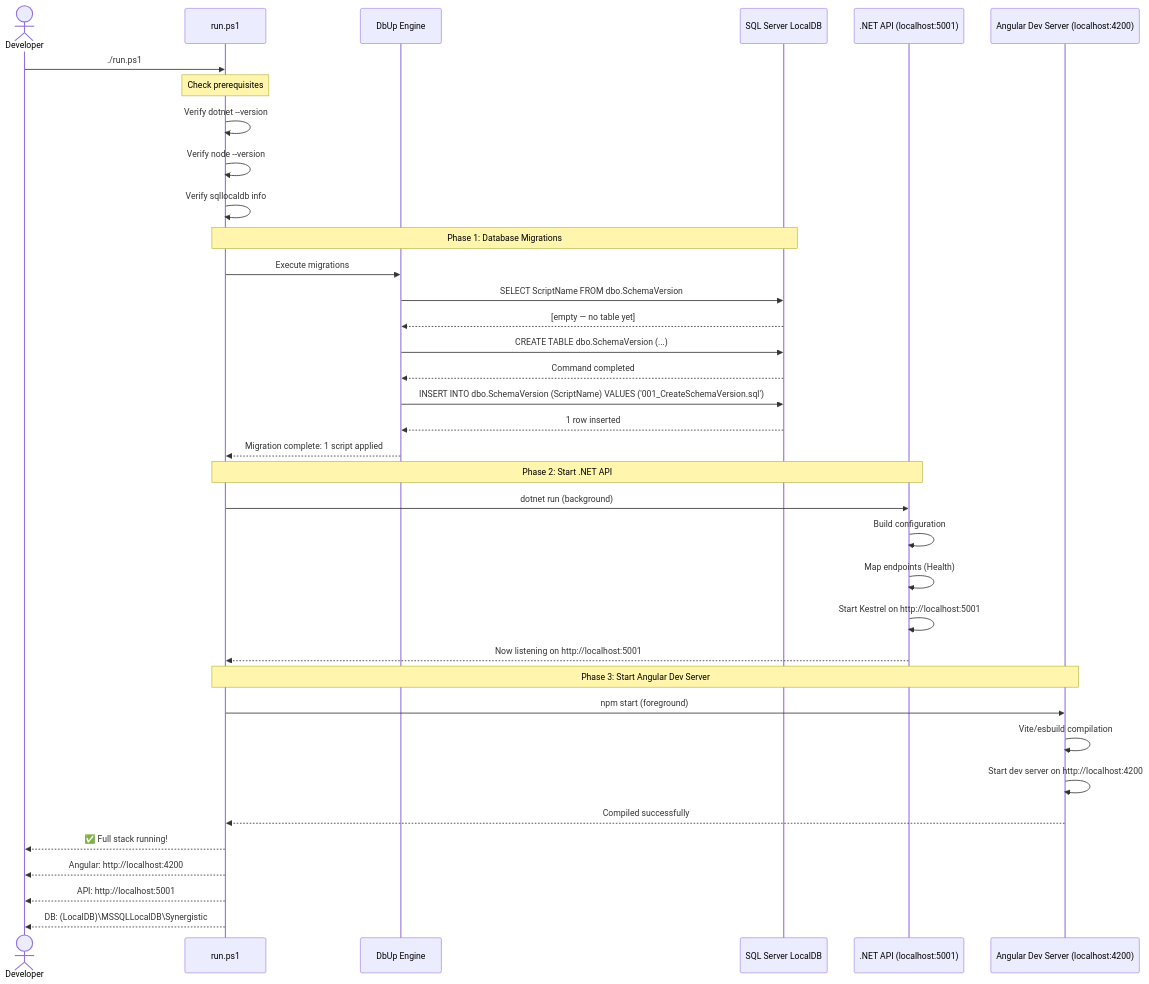
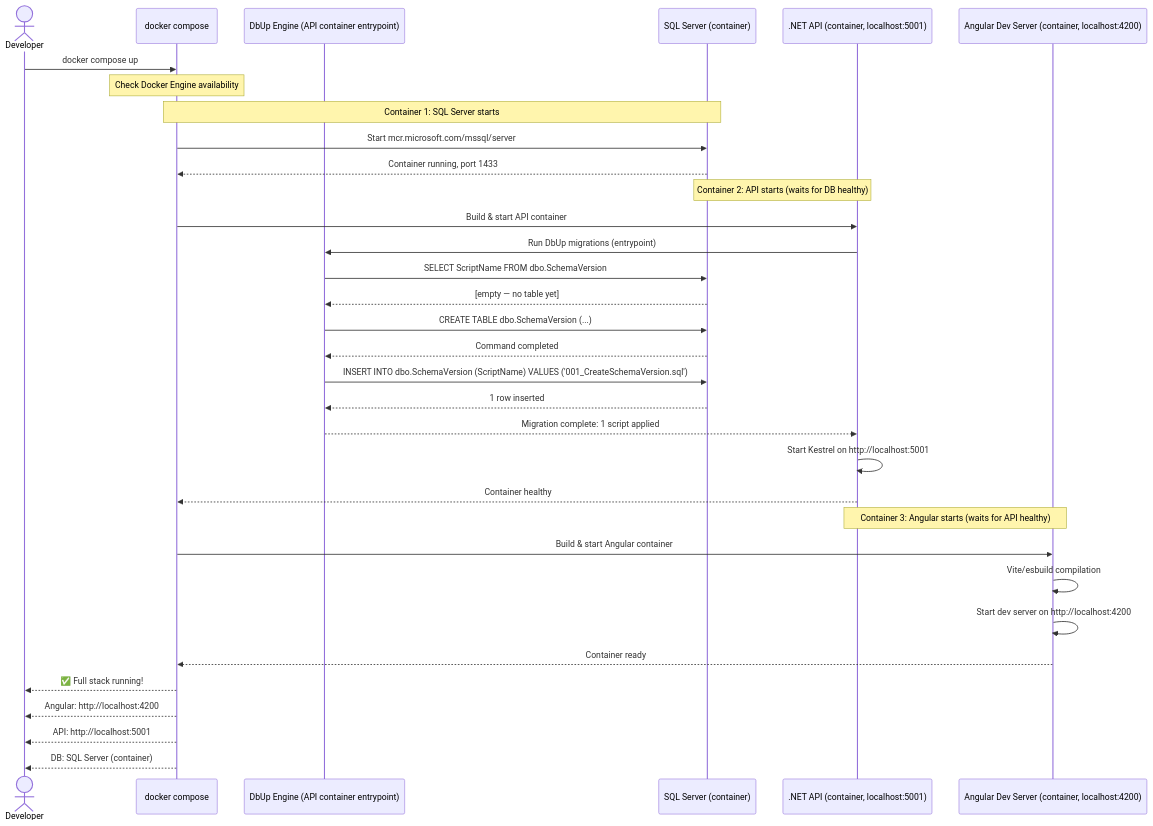
The first of 7 diagrams in feature-workspace/v0.1.2/02-architecture/output/sequence-diagrams.md (tumuchcoffee/icm-coding-workflow), drawn with Mermaid before and after one commit. The commit also changed other lines of this file and 32 other files, not shown here.

````diff
--- a/feature-workspace/v0.1.2/02-architecture/output/sequence-diagrams.md
+++ b/feature-workspace/v0.1.2/02-architecture/output/sequence-diagrams.md
@@ -13,44 +13,41 @@
 ```mermaid
 sequenceDiagram
     actor Dev as Developer
-    participant Script as run.ps1
-    participant DbUp as DbUp Engine
-    participant SQL as SQL Server LocalDB
-    participant API as .NET API (localhost:5001)
-    participant Angular as Angular Dev Server (localhost:4200)
+    participant Docker as docker compose
+    participant DbUp as DbUp Engine (API container entrypoint)
+    participant SQL as SQL Server (container)
+    participant API as .NET API (container, localhost:5001)
+    participant Angular as Angular Dev Server (container, localhost:4200)
 
-    Dev->>Script: ./run.ps1
+    Dev->>Docker: docker compose up
 
-    Note over Script: Check prerequisites
-    Script->>Script: Verify dotnet --version
-    Script->>Script: Verify node --version
-    Script->>Script: Verify sqllocaldb info
+    Note over Docker: Check Docker Engine availability
 
-    Note over Script,SQL: Phase 1: Database Migrations
-    Script->>DbUp: Execute migrations
+    Note over Docker,SQL: Container 1: SQL Server starts
+    Docker->>SQL: Start mcr.microsoft.com/mssql/server
+    SQL-->>Docker: Container running, port 1433
+
+    Note over SQL,API: Container 2: API starts (waits for DB healthy)
+    Docker->>API: Build & start API container
+    API->>DbUp: Run DbUp migrations (entrypoint)
     DbUp->>SQL: SELECT ScriptName FROM dbo.SchemaVersion
     SQL-->>DbUp: [empty — no table yet]
     DbUp->>SQL: CREATE TABLE dbo.SchemaVersion (...)
     SQL-->>DbUp: Command completed
     DbUp->>SQL: INSERT INTO dbo.SchemaVersion (ScriptName) VALUES ('001_CreateSchemaVersion.sql')
     SQL-->>DbUp: 1 row inserted
-    DbUp-->>Script: Migration complete: 1 script applied
+    DbUp-->>API: Migration complete: 1 script applied
+    API->>API: Start Kestrel on http://localhost:5001
+    API-->>Docker: Container healthy
 
-    Note over Script,API: Phase 2: Start .NET API
-    Script->>API: dotnet run (background)
-    API->>API: Build configuration
-    API->>API: Map endpoints (Health)
-    API->>API: Start Kestrel on http://localhost:5001
-    API-->>Script: Now listening on http://localhost:5001
-
-    Note over Script,Angular: Phase 3: Start Angular Dev Server
-    Script->>Angular: npm start (foreground)
+    Note over API,Angular: Container 3: Angular starts (waits for API healthy)
+    Docker->>Angular: Build & start Angular container
     Angular->>Angular: Vite/esbuild compilation
     Angular->>Angular: Start dev server on http://localhost:4200
-    Angular-->>Script: Compiled successfully
+    Angular-->>Docker: Container ready
 
-    Script-->>Dev: ✅ Full stack running!
-    Script-->>Dev: Angular: http://localhost:4200
-    Script-->>Dev: API:     http://localhost:5001
-    Script-->>Dev: DB:      (LocalDB)\MSSQLLocalDB\Synergistic
+    Docker-->>Dev: ✅ Full stack running!
+    Docker-->>Dev: Angular: http://localhost:4200
+    Docker-->>Dev: API:     http://localhost:5001
+    Docker-->>Dev: DB:      SQL Server (container)
 ```
````
